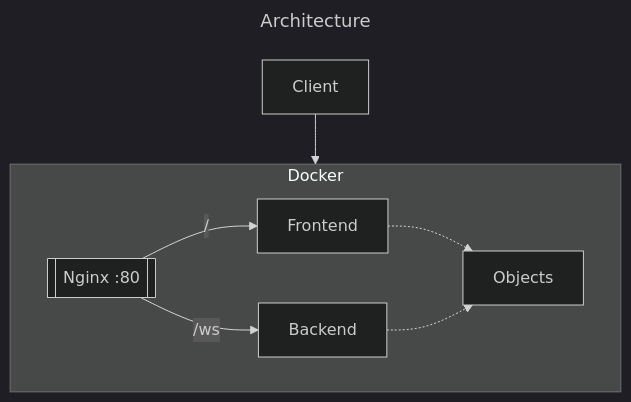
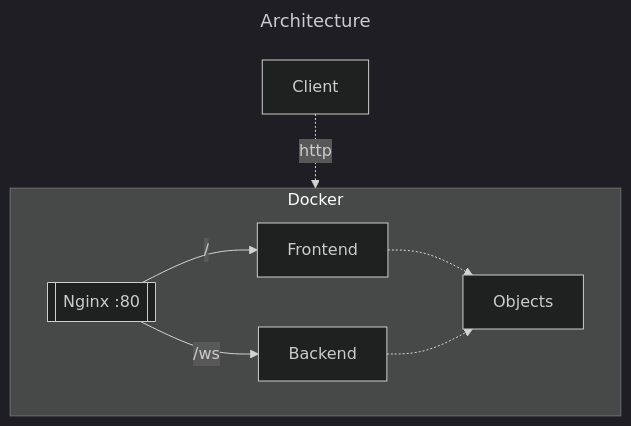
The first of 2 diagrams in doc/design.md (Fgdou/sr_project), drawn with Mermaid (dark theme) before and after one commit. The commit also changed other lines of this file, not shown here.

````diff
--- a/doc/design.md
+++ b/doc/design.md
@@ -23,16 +20,16 @@
 ```mermaid
 ---
 title: Architecture
 ---
 flowchart TB
 
 subgraph Docker
 Nginx[[Nginx :80]] -- / --> Frontend
 Nginx -- /ws --> Backend
 
 Frontend -.-> Objects
 Backend -.-> Objects
 end
 
-Client --> Docker
+Client -. http .-> Docker
 ```
````
